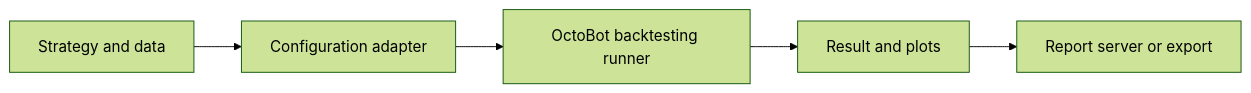
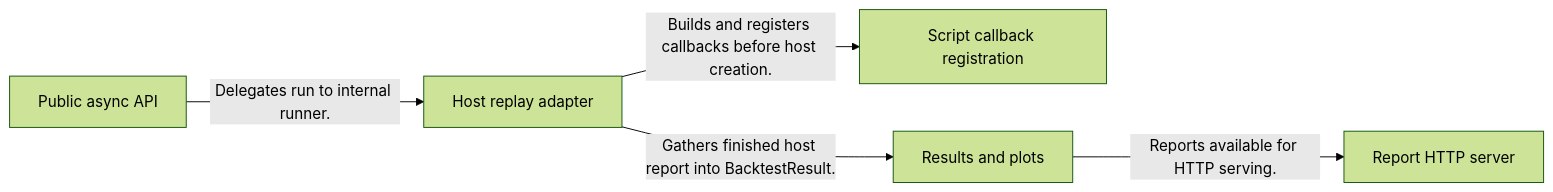
Before and after one commit to alexcwyu/OctoBot-Script: the first of 4 diagrams in docs/ayu-develop.md, drawn with Mermaid (forest theme). The commit also changed other lines of this file and 7 other files, not shown here.

Commit message:
docs: standardize source-reviewed system guides and offline diagrams

````diff
--- a/docs/ayu-develop.md
+++ b/docs/ayu-develop.md
@@ -10,12 +67,12 @@
 ```mermaid
 flowchart LR
-  A0["Strategy and data"]
-  A1["Configuration adapter"]
-  A2["OctoBot backtesting runner"]
-  A3["Result and plots"]
-  A4["Report server or export"]
-  A0 --> A1
-  A1 --> A2
-  A2 --> A3
-  A3 --> A4
+  N0["Public async API"]
+  N1["Host replay adapter"]
+  N2["Script callback registration"]
+  N3["Results and plots"]
+  N4["Report HTTP server"]
+  N0 -->|"Delegates run to internal runner."| N1
+  N1 -->|"Builds and registers callbacks before host creation."| N2
+  N1 -->|"Gathers finished host report into BacktestResult."| N3
+  N3 -->|"Reports available for HTTP serving."| N4
 ```
````
